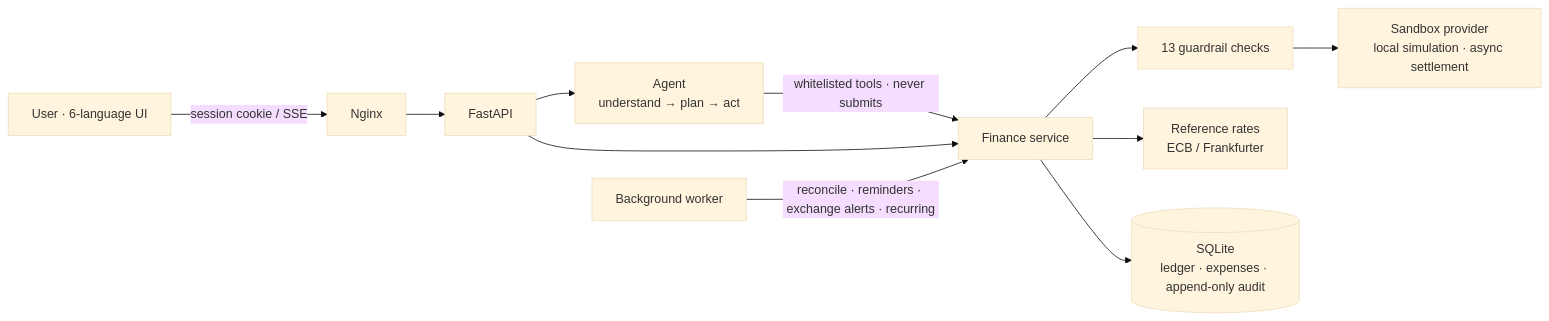
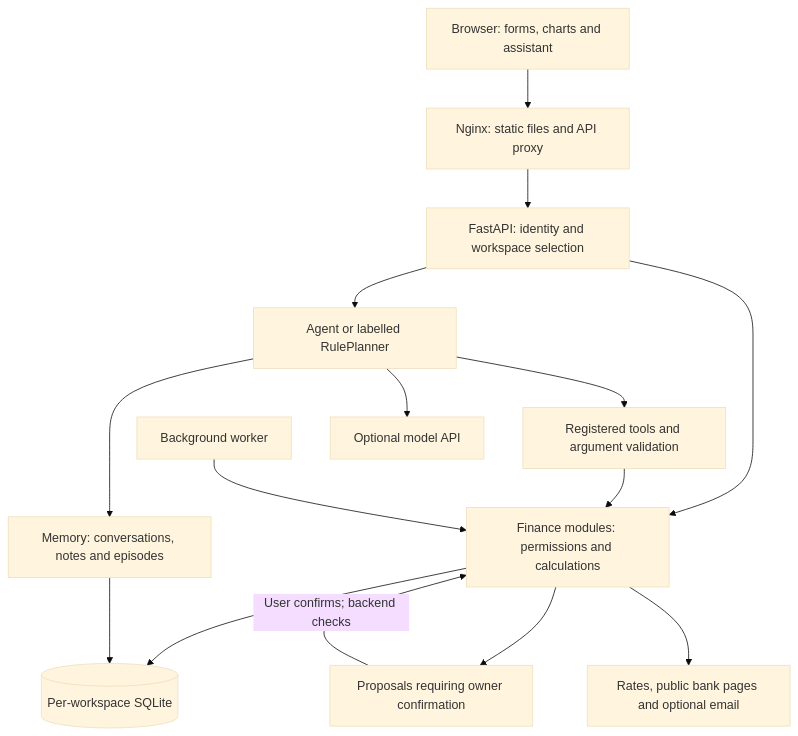
One commit to ytan0008/dot-remittance-agent changed the diagram in README.md. Above: the diagram before and after it, drawn with Mermaid (base theme). The commit also changed other lines of this file and 44 other files, not shown here.

````diff
--- a/README.md
+++ b/README.md
@@ -224,13 +55,17 @@
 ```mermaid
-flowchart LR
-    U[User · 6-language UI] -->|session cookie / SSE| N[Nginx]
-    N --> API[FastAPI]
-    API --> AG[Agent<br/>understand → plan → act]
-    AG -->|whitelisted tools · never submits| S[Finance service]
-    API --> S
-    S --> G[13 guardrail checks]
-    G --> SB[Sandbox provider<br/>local simulation · async settlement]
-    S --> R[Reference rates<br/>ECB / Frankfurter]
-    S --> DB[(SQLite<br/>ledger · expenses · append-only audit)]
-    W[Background worker] -->|reconcile · reminders · exchange alerts · recurring| S
+flowchart TD
+    U[Browser: forms, charts and assistant] --> N[Nginx: static files and API proxy]
+    N --> A[FastAPI: identity and workspace selection]
+    A --> G[Agent or labelled RulePlanner]
+    G --> T[Registered tools and argument validation]
+    A --> F[Finance modules: permissions and calculations]
+    T --> F
+    F --> D[(Per-workspace SQLite)]
+    G --> M[Memory: conversations, notes and episodes]
+    M --> D
+    F --> P[Proposals requiring owner confirmation]
+    P -->|User confirms; backend checks| F
+    W[Background worker] --> F
+    G --> X[Optional model API]
+    F --> E[Rates, public bank pages and optional email]
 ```
````
